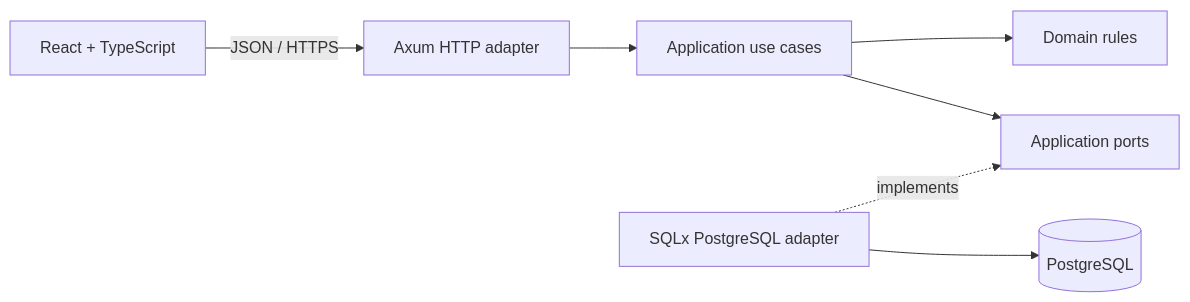
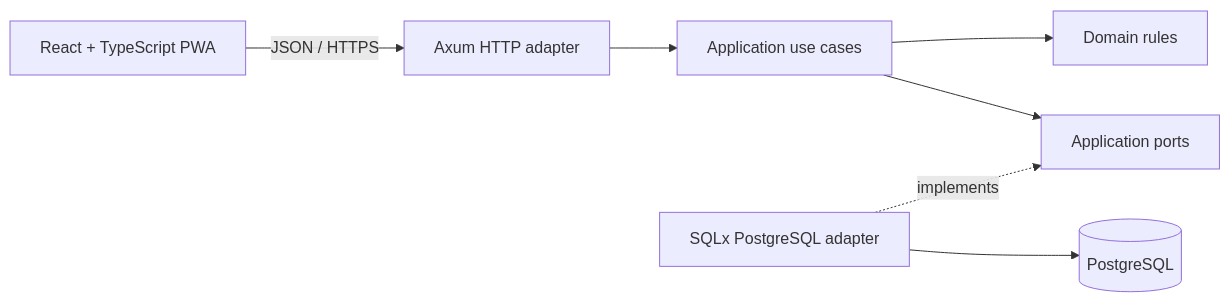
One commit to Zvenytoh/Caloryst changed the diagram in README.md. Above: the diagram before and after it, drawn with Mermaid. The commit also changed other lines of this file and 4 other files, not shown here.

````diff
--- a/README.md
+++ b/README.md
@@ -58,9 +64,9 @@
 ```mermaid
 flowchart LR
-    Web[React + TypeScript] -->|JSON / HTTPS| HTTP[Axum HTTP adapter]
+    Web[React + TypeScript PWA] -->|JSON / HTTPS| HTTP[Axum HTTP adapter]
     HTTP --> App[Application use cases]
     App --> Domain[Domain rules]
     App --> Ports[Application ports]
     PG[SQLx PostgreSQL adapter] -. implements .-> Ports
     PG --> DB[(PostgreSQL)]
 ```
````
